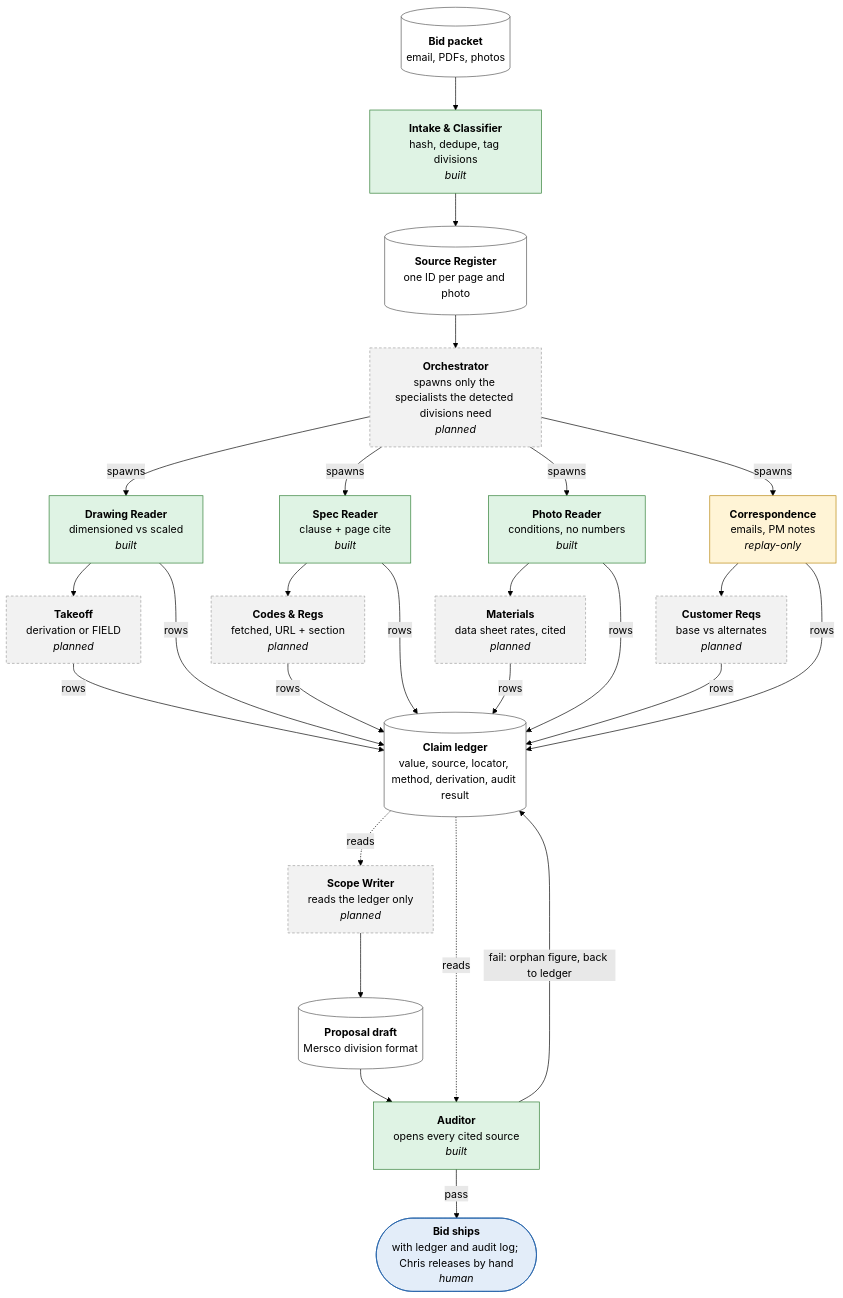
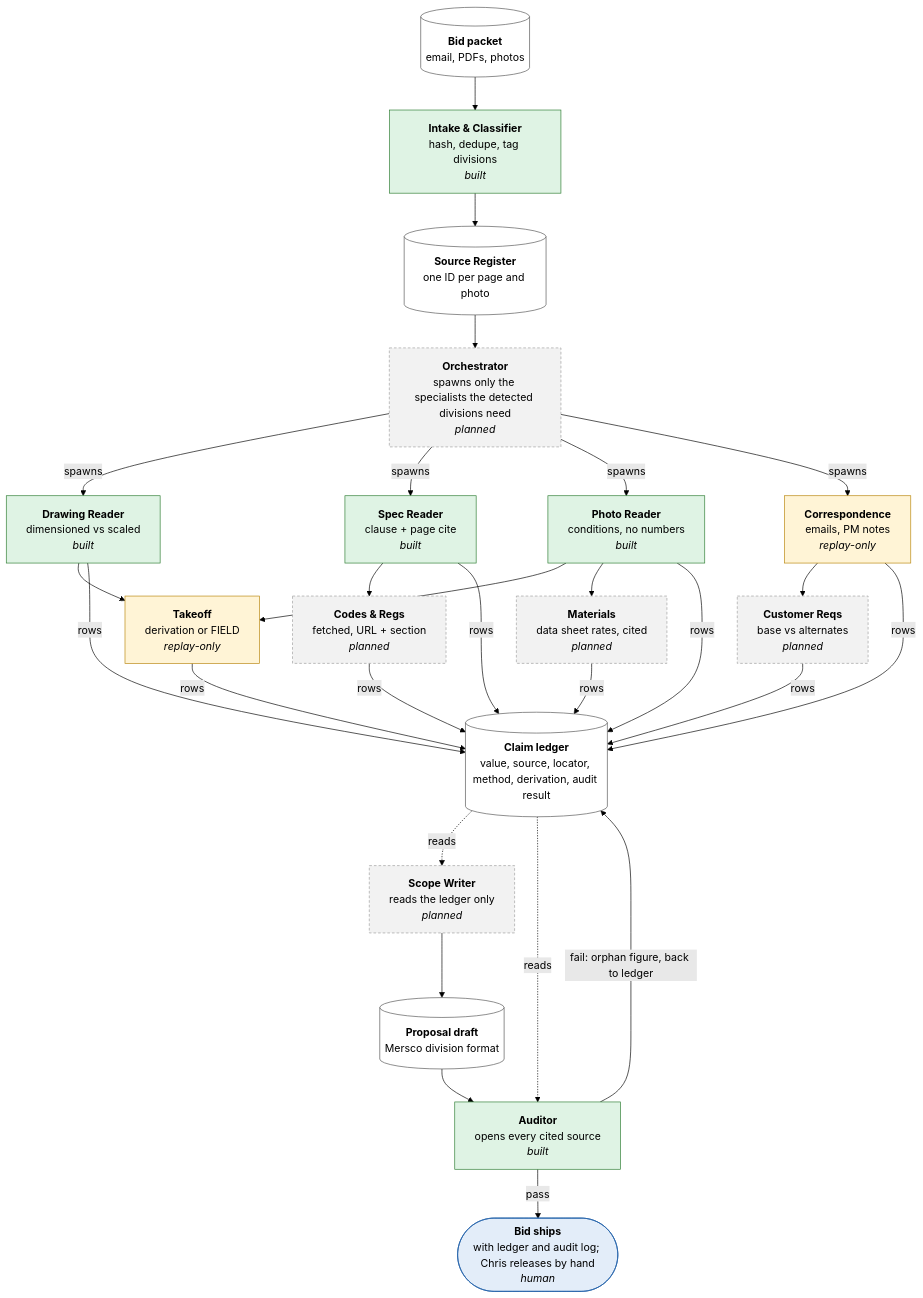
Before and after one commit to ScottyN000/ChrisBids: the diagram in docs/pipeline-dag.md, drawn with Mermaid (forest theme). The commit also changed other lines of this file and 18 other files, not shown here.

First line of the commit message:
Phase 3: Takeoff writes derived quantities and FIELD rows

````diff
--- a/docs/pipeline-dag.md
+++ b/docs/pipeline-dag.md
@@ -9,55 +9,56 @@
 ```mermaid
 flowchart TD
     packet[("<b>Bid packet</b><br/>email, PDFs, photos")]
     intake["<b>Intake & Classifier</b><br/>hash, dedupe, tag divisions<br/><i>built</i>"]
     register[("<b>Source Register</b><br/>one ID per page and photo")]
     orchestrator["<b>Orchestrator</b><br/>spawns only the specialists the detected divisions need<br/><i>planned</i>"]
     drawing["<b>Drawing Reader</b><br/>dimensioned vs scaled<br/><i>built</i>"]
     spec["<b>Spec Reader</b><br/>clause + page cite<br/><i>built</i>"]
     photo["<b>Photo Reader</b><br/>conditions, no numbers<br/><i>built</i>"]
     correspondence["<b>Correspondence</b><br/>emails, PM notes<br/><i>replay-only</i>"]
-    takeoff["<b>Takeoff</b><br/>derivation or FIELD<br/><i>planned</i>"]
+    takeoff["<b>Takeoff</b><br/>derivation or FIELD<br/><i>replay-only</i>"]
     codes["<b>Codes & Regs</b><br/>fetched, URL + section<br/><i>planned</i>"]
     materials["<b>Materials</b><br/>data sheet rates, cited<br/><i>planned</i>"]
     customer["<b>Customer Reqs</b><br/>base vs alternates<br/><i>planned</i>"]
     ledger[("<b>Claim ledger</b><br/>value, source, locator, method, derivation, audit result")]
     scope_writer["<b>Scope Writer</b><br/>reads the ledger only<br/><i>planned</i>"]
     draft[("<b>Proposal draft</b><br/>Mersco division format")]
     auditor["<b>Auditor</b><br/>opens every cited source<br/><i>built</i>"]
     ships(["<b>Bid ships</b><br/>with ledger and audit log; Chris releases by hand<br/><i>human</i>"])
     packet --> intake
     intake --> register
     register --> orchestrator
     orchestrator -->|spawns| drawing
     orchestrator -->|spawns| spec
     orchestrator -->|spawns| photo
     orchestrator -->|spawns| correspondence
     drawing --> takeoff
+    photo --> takeoff
     spec --> codes
     photo --> materials
     correspondence --> customer
     drawing -->|rows| ledger
     spec -->|rows| ledger
     photo -->|rows| ledger
     correspondence -->|rows| ledger
     takeoff -->|rows| ledger
     codes -->|rows| ledger
     materials -->|rows| ledger
     customer -->|rows| ledger
     ledger -.->|reads| scope_writer
     scope_writer --> draft
     draft --> auditor
     ledger -.->|reads| auditor
     auditor -->|fail: orphan figure, back to ledger| ledger
     auditor -->|pass| ships
     classDef built fill:#dff3e4,stroke:#2e7d32
     classDef replay fill:#fff4d6,stroke:#b8860b
     classDef planned fill:#f2f2f2,stroke:#9e9e9e,stroke-dasharray: 4 3
     classDef human fill:#e3edf9,stroke:#1f5fa8
     classDef data fill:#ffffff,stroke:#555
     class intake,drawing,spec,photo,auditor built
-    class correspondence replay
-    class orchestrator,takeoff,codes,materials,customer,scope_writer planned
+    class correspondence,takeoff replay
+    class orchestrator,codes,materials,customer,scope_writer planned
     class ships human
     class packet,register,ledger,draft data
 ```
````
